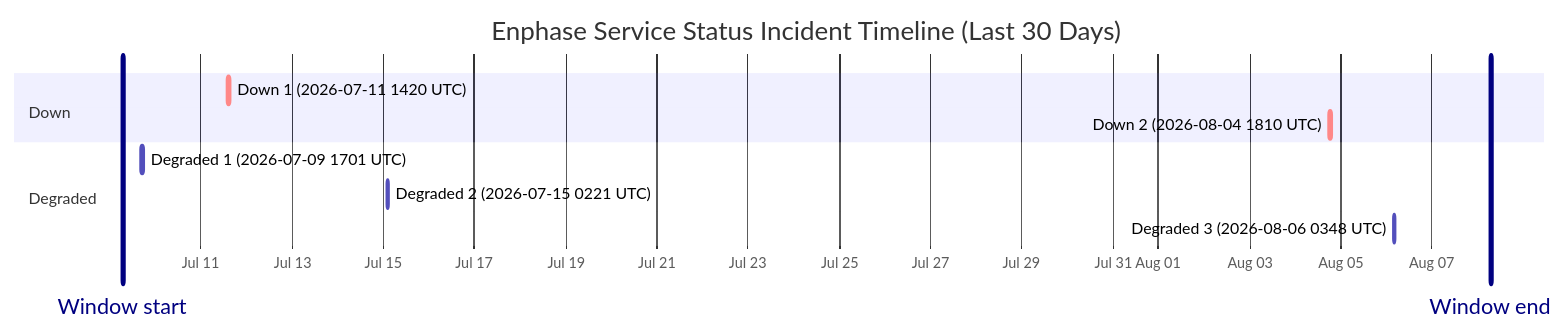
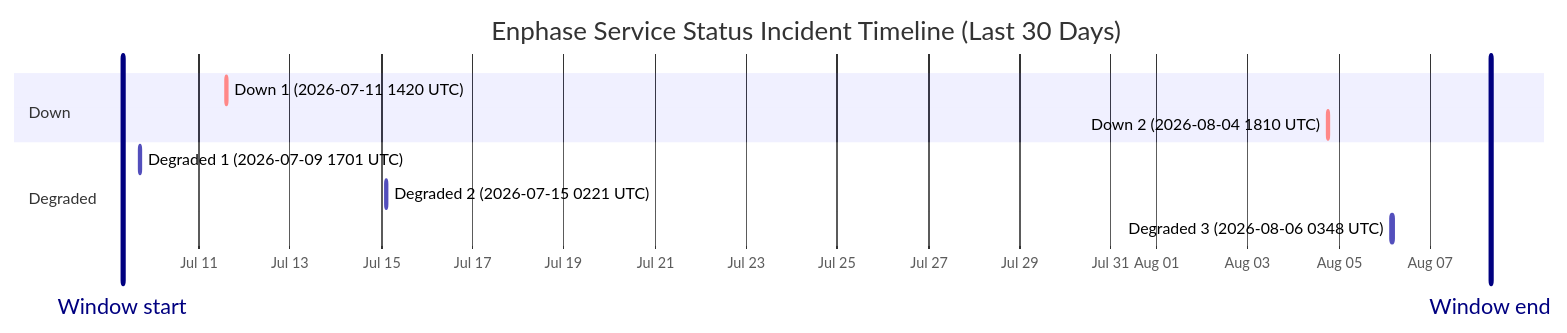
One commit to barneyonline/ha-enphase-energy changed the diagram in wiki/Service-Status-History.md. Above: the diagram before and after it, drawn with Mermaid. The commit also changed other lines of this file and 3 other files, not shown here.

````diff
--- a/wiki/Service-Status-History.md
+++ b/wiki/Service-Status-History.md
@@ -14,15 +14,15 @@
 ```mermaid
 gantt
     title Enphase Service Status Incident Timeline (Last 30 Days)
     dateFormat  YYYY-MM-DDTHH:mm:ss
     axisFormat  %b %d
-    Window start :vert, window-start, 2026-07-09T06:49:43, 0ms
-    Window end :vert, window-end, 2026-08-08T06:49:43, 0ms
+    Window start :vert, window-start, 2026-07-09T07:47:42, 0ms
+    Window end :vert, window-end, 2026-08-08T07:47:42, 0ms
     section Down
     Down 1 (2026-07-11 1420 UTC) :crit, down-1, 2026-07-11T14:20:54, 69m
     Down 2 (2026-08-04 1810 UTC) :crit, down-2, 2026-08-04T18:10:46, 60m
     section Degraded
     Degraded 1 (2026-07-09 1701 UTC) :active, degraded-1, 2026-07-09T17:01:02, 60m
     Degraded 2 (2026-07-15 0221 UTC) :active, degraded-2, 2026-07-15T02:21:35, 60m
     Degraded 3 (2026-08-06 0348 UTC) :active, degraded-3, 2026-08-06T03:48:14, 60m
 ```
````
